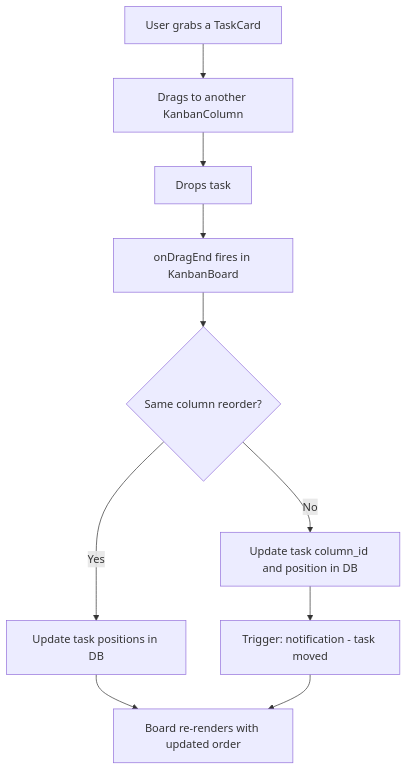
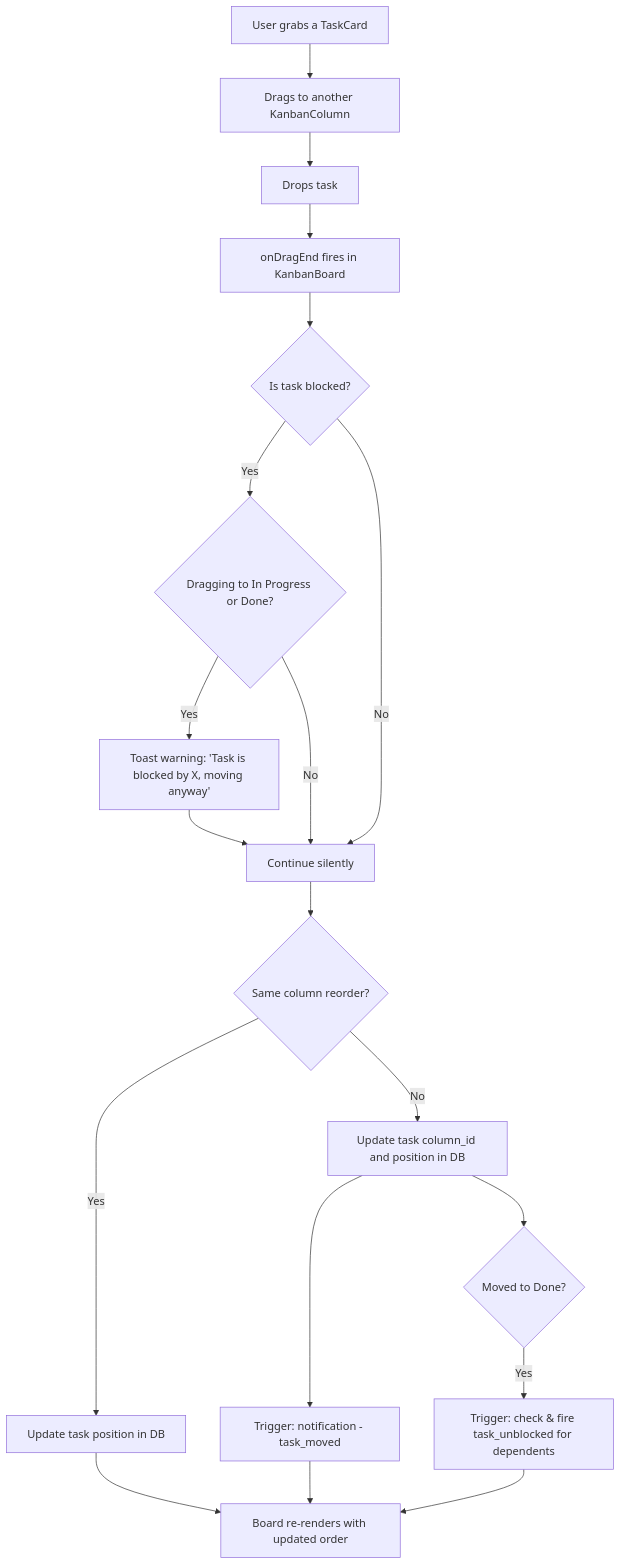
Before and after one commit to PrakritOjha/flowlink-tasks: diagram 11 of 31 in userflow.md, drawn with Mermaid. The commit also changed other lines of this file and 4 other files, not shown here.

First line of the commit message:
feat: Update user flow documentation with detailed steps for account creation, sign in, and board management

````diff
--- a/userflow.md
+++ b/userflow.md
@@ -108,12 +148,21 @@
 ```mermaid
 flowchart TD
     A[User grabs a TaskCard] --> B[Drags to another KanbanColumn]
     B --> C[Drops task]
     C --> D[onDragEnd fires in KanbanBoard]
-    D --> E{Same column reorder?}
-    E -- Yes --> F[Update task positions in DB]
-    E -- No --> G[Update task column_id and position in DB]
-    G --> H[Trigger: notification - task moved]
-    F --> I[Board re-renders with updated order]
-    H --> I
+    D --> E{Is task blocked?}
+    E -- Yes --> F{Dragging to In Progress or Done?}
+    F -- Yes --> G[Toast warning: 'Task is blocked by X, moving anyway']
+    F -- No --> H[Continue silently]
+    E -- No --> H
+    G --> H
+    H --> I{Same column reorder?}
+    I -- Yes --> J[Update task position in DB]
+    I -- No --> K[Update task column_id and position in DB]
+    K --> L[Trigger: notification - task_moved]
+    K --> M{Moved to Done?}
+    M -- Yes --> N[Trigger: check & fire task_unblocked for dependents]
+    J --> O[Board re-renders with updated order]
+    L --> O
+    N --> O
 ```
````
